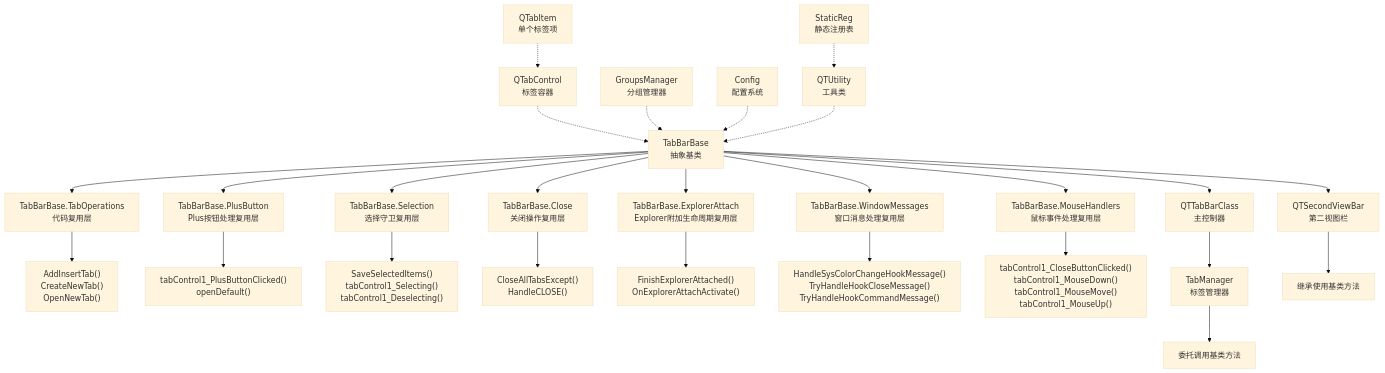
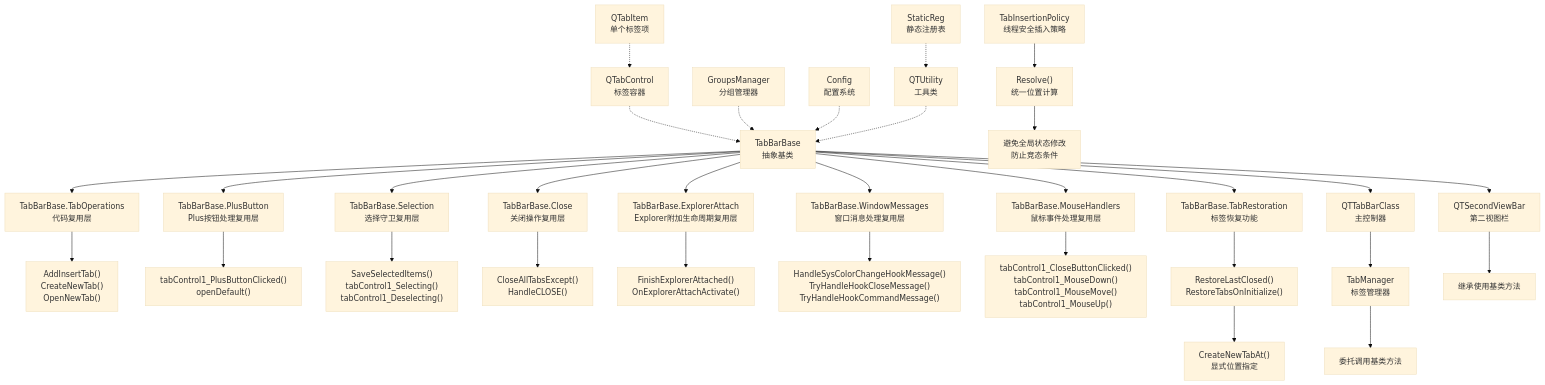
The first of 13 diagrams in .qoder/repowiki/zh/content/核心功能/标签页管理系统.md (rainiva/QTTabBar-Next), drawn with Mermaid (base theme) before and after one commit. The commit also changed other lines of this file and 415 other files, not shown here.

````diff
--- a/.qoder/repowiki/zh/content/核心功能/标签页管理系统.md
+++ b/.qoder/repowiki/zh/content/核心功能/标签页管理系统.md
@@ -95,28 +103,33 @@
 ```mermaid
 graph TB
 A["TabBarBase<br/>抽象基类"] --> B["TabBarBase.TabOperations<br/>代码复用层"]
 A --> C["TabBarBase.PlusButton<br/>Plus按钮处理复用层"]
 A --> D["TabBarBase.Selection<br/>选择守卫复用层"]
 A --> E["TabBarBase.Close<br/>关闭操作复用层"]
 A --> F["TabBarBase.ExplorerAttach<br/>Explorer附加生命周期复用层"]
 A --> G["TabBarBase.WindowMessages<br/>窗口消息处理复用层"]
 A --> H["TabBarBase.MouseHandlers<br/>鼠标事件处理复用层"]
-A --> I["QTTabBarClass<br/>主控制器"]
-A --> J["QTSecondViewBar<br/>第二视图栏"]
-B --> K["AddInsertTab()<br/>CreateNewTab()<br/>OpenNewTab()"]
-C --> L["tabControl1_PlusButtonClicked()<br/>openDefault()"]
-D --> M["SaveSelectedItems()<br/>tabControl1_Selecting()<br/>tabControl1_Deselecting()"]
-E --> N["CloseAllTabsExcept()<br/>HandleCLOSE()"]
-F --> O["FinishExplorerAttached()<br/>OnExplorerAttachActivate()"]
-G --> P["HandleSysColorChangeHookMessage()<br/>TryHandleHookCloseMessage()<br/>TryHandleHookCommandMessage()"]
-H --> Q["tabControl1_CloseButtonClicked()<br/>tabControl1_MouseDown()<br/>tabControl1_MouseMove()<br/>tabControl1_MouseUp()"]
-I --> R["TabManager<br/>标签管理器"]
-R --> S["委托调用基类方法"]
-J --> T["继承使用基类方法"]
-U["QTabControl<br/>标签容器"] -.-> A
-V["QTabItem<br/>单个标签项"] -.-> U
-W["GroupsManager<br/>分组管理器"] -.-> A
-X["Config<br/>配置系统"] -.-> A
-Y["QTUtility<br/>工具类"] -.-> A
-Z["StaticReg<br/>静态注册表"] -.-> Y
+A --> I["TabBarBase.TabRestoration<br/>标签恢复功能"]
+A --> J["QTTabBarClass<br/>主控制器"]
+A --> K["QTSecondViewBar<br/>第二视图栏"]
+B --> L["AddInsertTab()<br/>CreateNewTab()<br/>OpenNewTab()"]
+C --> M["tabControl1_PlusButtonClicked()<br/>openDefault()"]
+D --> N["SaveSelectedItems()<br/>tabControl1_Selecting()<br/>tabControl1_Deselecting()"]
+E --> O["CloseAllTabsExcept()<br/>HandleCLOSE()"]
+F --> P["FinishExplorerAttached()<br/>OnExplorerAttachActivate()"]
+G --> Q["HandleSysColorChangeHookMessage()<br/>TryHandleHookCloseMessage()<br/>TryHandleHookCommandMessage()"]
+H --> R["tabControl1_CloseButtonClicked()<br/>tabControl1_MouseDown()<br/>tabControl1_MouseMove()<br/>tabControl1_MouseUp()"]
+I --> S["RestoreLastClosed()<br/>RestoreTabsOnInitialize()"]
+S --> T["CreateNewTabAt()<br/>显式位置指定"]
+U["TabInsertionPolicy<br/>线程安全插入策略"] --> V["Resolve()<br/>统一位置计算"]
+V --> W["避免全局状态修改<br/>防止竞态条件"]
+J --> X["TabManager<br/>标签管理器"]
+X --> Y["委托调用基类方法"]
+K --> Z["继承使用基类方法"]
+AA["QTabControl<br/>标签容器"] -.-> A
+BB["QTabItem<br/>单个标签项"] -.-> AA
+CC["GroupsManager<br/>分组管理器"] -.-> A
+DD["Config<br/>配置系统"] -.-> A
+EE["QTUtility<br/>工具类"] -.-> A
+FF["StaticReg<br/>静态注册表"] -.-> EE
 ```
````
